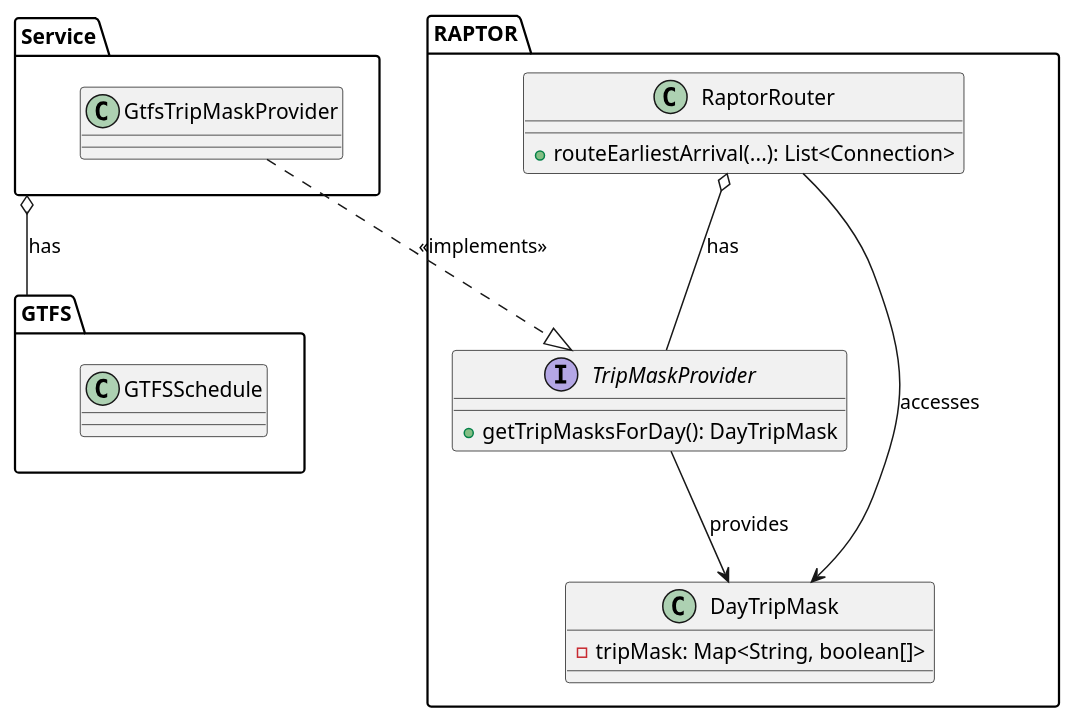
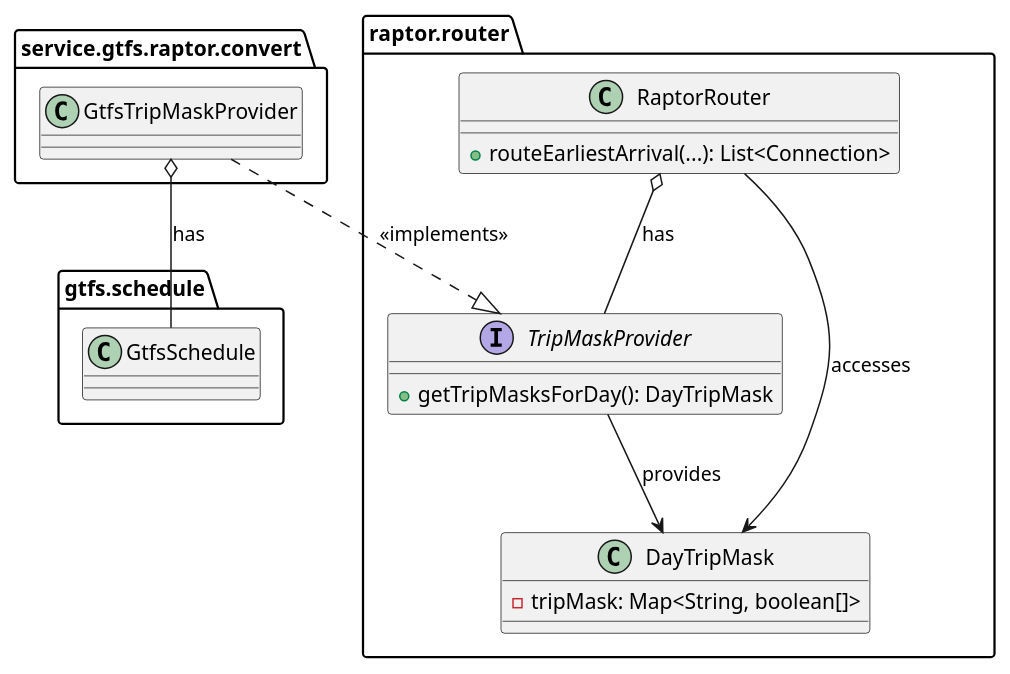
Before and after one commit to naviqore/documentation: the diagram in Writerside/topics/implementation/extended-raptor.md, drawn with PlantUML.

Commit message:
DOC: NAV-134 - Collapse packages in Extended Raptor class diagram

````diff
--- a/Writerside/topics/implementation/extended-raptor.md
+++ b/Writerside/topics/implementation/extended-raptor.md
@@ -69,32 +69,34 @@
 ```plantuml
 @startuml
-package GTFS {
-    class GTFSSchedule
+set namespaceSeparator none
+
+package gtfs.schedule {
+    class GtfsSchedule
 }
 
-package RAPTOR {
+package raptor.router {
   class RaptorRouter {
     + routeEarliestArrival(...): List<Connection>
   }
 
   interface TripMaskProvider {
     + getTripMasksForDay(): DayTripMask
   }
   
   class DayTripMask {
     - tripMask: Map<String, boolean[]>
   }
 
   RaptorRouter o-- TripMaskProvider: has
   TripMaskProvider --> DayTripMask: "provides"
   RaptorRouter --> DayTripMask: "accesses"
 }
 
-package Service {
+package service.gtfs.raptor.convert {
   class GtfsTripMaskProvider
   GtfsTripMaskProvider ..|> TripMaskProvider: "<<implements>>"
 }
 
-Service o-- GTFS: has
+GtfsTripMaskProvider o-- GtfsSchedule: has
 @enduml
 ```
````
